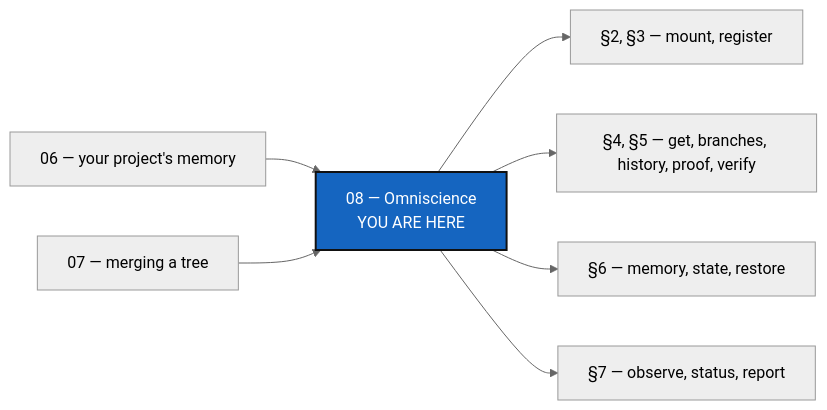
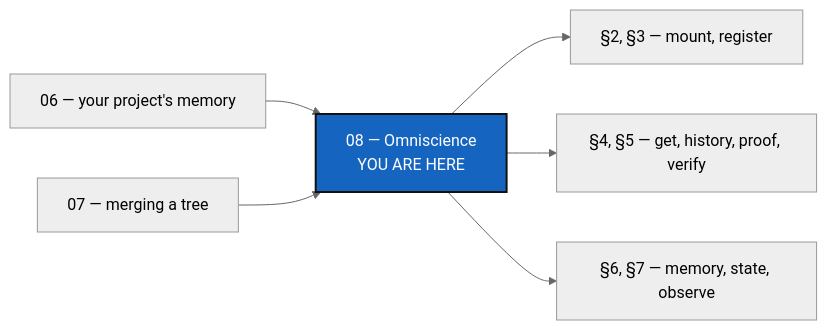
Before and after one commit to flipoyo/ComplexGitSync: the diagram in tutorials/08_omniscience.md, drawn with Mermaid (neutral theme). The commit also changed other lines of this file and 8 other files, not shown here.

````diff
--- a/tutorials/08_omniscience.md
+++ b/tutorials/08_omniscience.md
@@ -33,12 +30,11 @@
 ```mermaid
 graph LR
     T6["06 — your project's memory"] --> T8["08 — Omniscience<br/>YOU ARE HERE"]
     T7["07 — merging a tree"] --> T8
     T8 --> REG["§2, §3 — mount, register"]
-    T8 --> ASK["§4, §5 — get, branches, history, proof, verify"]
-    T8 --> READ["§6 — memory, state, restore"]
-    T8 --> LIVE["§7 — observe, status, report"]
+    T8 --> ASK["§4, §5 — get, history, proof, verify"]
+    T8 --> READ["§6, §7 — memory, state, observe"]
 
     classDef here fill:#1565C0,color:#fff,stroke:#111,stroke-width:2px;
     class T8 here;
 ```
````
